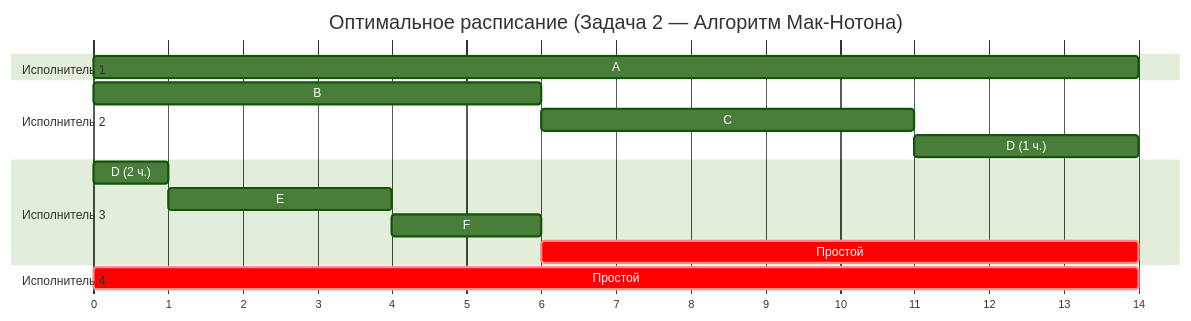
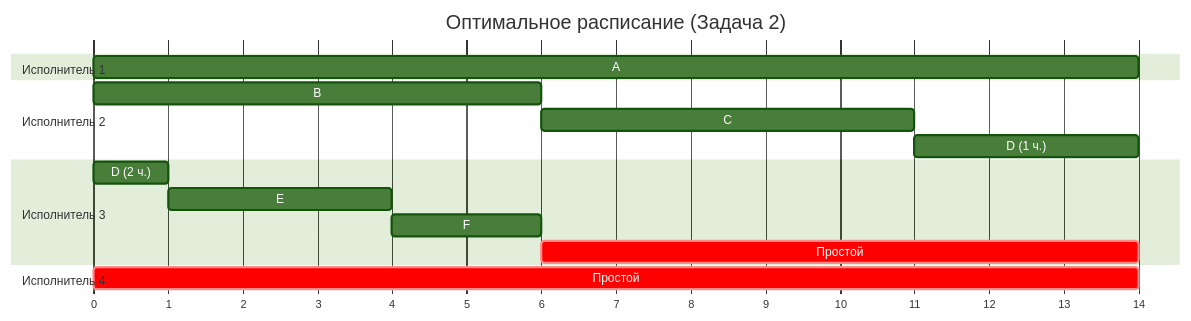
The second of 2 diagrams in Задание 8/default.md (hse-algo-ps-25-2/manual-tasks), drawn with Mermaid (forest theme) before and after one commit. The commit also changed other lines of this file, not shown here.

````diff
--- a/Задание 8/default.md
+++ b/Задание 8/default.md
@@ -35,24 +63,24 @@
 ```mermaid
 gantt
-    title Оптимальное расписание (Задача 2 — Алгоритм Мак-Нотона)
+    title Оптимальное расписание (Задача 2)
     dateFormat X
     axisFormat %s
     tickInterval 1second
 
     section Исполнитель 1
     A        :a, 0, 14s
 
     section Исполнитель 2
     B        :b, 0, 6s
     C        :c, after b, 5s
     D (1 ч.) :d1, after c, 3s
 
     section Исполнитель 3
     D (2 ч.) :d2, 0, 1s
     E        :e, after d2, 3s
     F        :f, after e, 2s
     Простой  :crit, p3, after f, 8s
 
     section Исполнитель 4
     Простой  :crit, p4, 0, 14s
 ```
````
